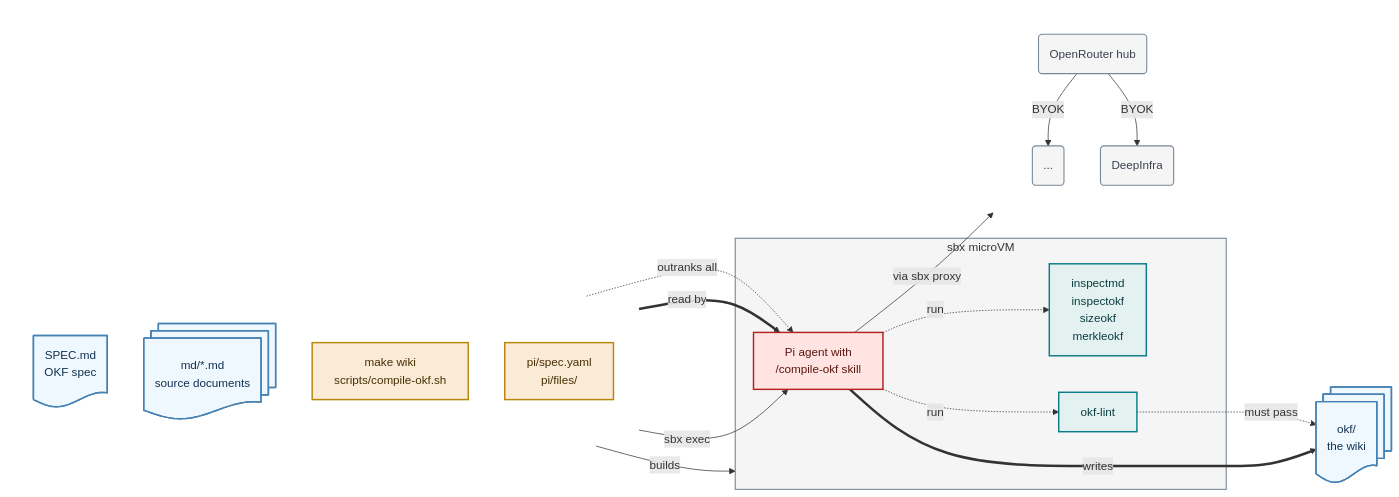
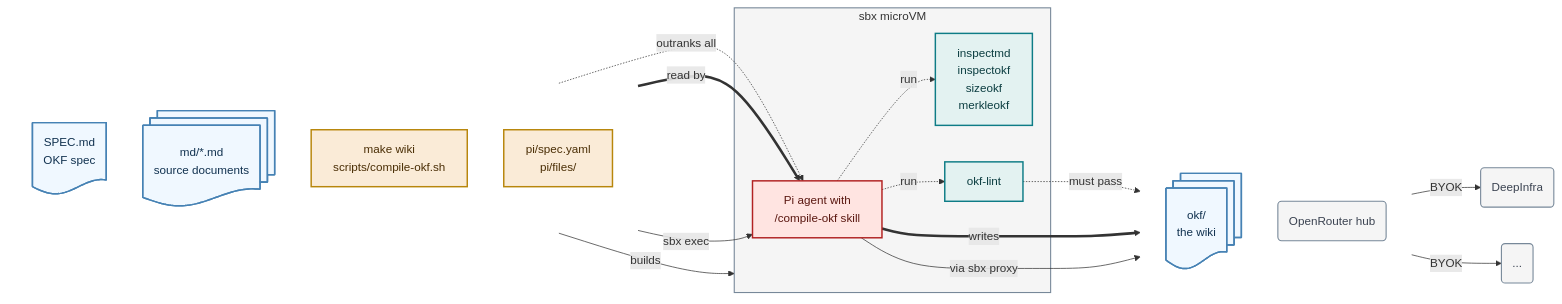
The diagram in README.md (lars20070/md2okf), drawn with Mermaid before and after one commit.

Commit message:
Clean up RHS of Mermaid diagram

````diff
--- a/README.md
+++ b/README.md
@@ -23,48 +23,48 @@
 ```mermaid
 flowchart LR
   subgraph IN[" "]
     direction TB
     SPEC@{ shape: doc, label: "SPEC.md<br/>OKF spec"}
     MD@{ shape: docs, label: "md/*.md<br/>source documents"}
     DRV["make wiki<br/>scripts/compile-okf.sh"]
     KIT["pi/spec.yaml<br/>pi/files/"]
   end
 
   subgraph VM["sbx microVM"]
     PI["Pi agent with<br/>/compile-okf skill"]
     TOOLS["inspectmd<br/>inspectokf<br/>sizeokf<br/>merkleokf"]
     LINT["okf-lint"]
   end
 
-  subgraph NETG[" "]
+  subgraph OUT[" "]
     direction TB
+    OKF@{ shape: docs, label: "okf/<br/>the wiki"}
     NET("OpenRouter hub")
-    NET1("...")
-    NET2("DeepInfra")
   end
-  OKF@{ shape: docs, label: "okf/<br/>the wiki"}
+  NET1("DeepInfra")
+  NET2("...")
 
   SPEC -.->|"outranks all"| PI
   MD ==>|"read by"| PI
   DRV -->|"sbx exec"| PI
   KIT -->|"builds"| VM
   PI -.->|"run"| TOOLS & LINT
   LINT -.->|"must pass"| OKF
+  PI ==>|"writes"| OKF
   PI -->|"via sbx proxy"| NET
   NET -->|"BYOK"| NET1 & NET2
-  PI ==>|"writes"| OKF
 
   classDef data    fill:aliceblue,stroke:steelblue,stroke-width:2px,color:#10314F
   classDef host    fill:antiquewhite,stroke:darkgoldenrod,stroke-width:2px,color:#4A2E05
   classDef helper  fill:#E3F2F1,stroke:#0E7C86,stroke-width:2px,color:#0B3D40
   classDef agent   fill:mistyrose,stroke:firebrick,stroke-width:2px,color:#5A1710
   classDef ext     fill:whitesmoke,stroke:lightslategray,stroke-width:1.5px,color:#3A4250
   class MD,SPEC,OKF data
   class KIT,DRV host
   class TOOLS,LINT helper
   class PI agent
   class NET,NET1,NET2 ext
   style VM fill:whitesmoke,stroke:lightslategray,stroke-width:1.5px
   style IN fill:none,stroke:none
-  style NETG fill:none,stroke:none
+  style OUT fill:none,stroke:none
 ```
````
